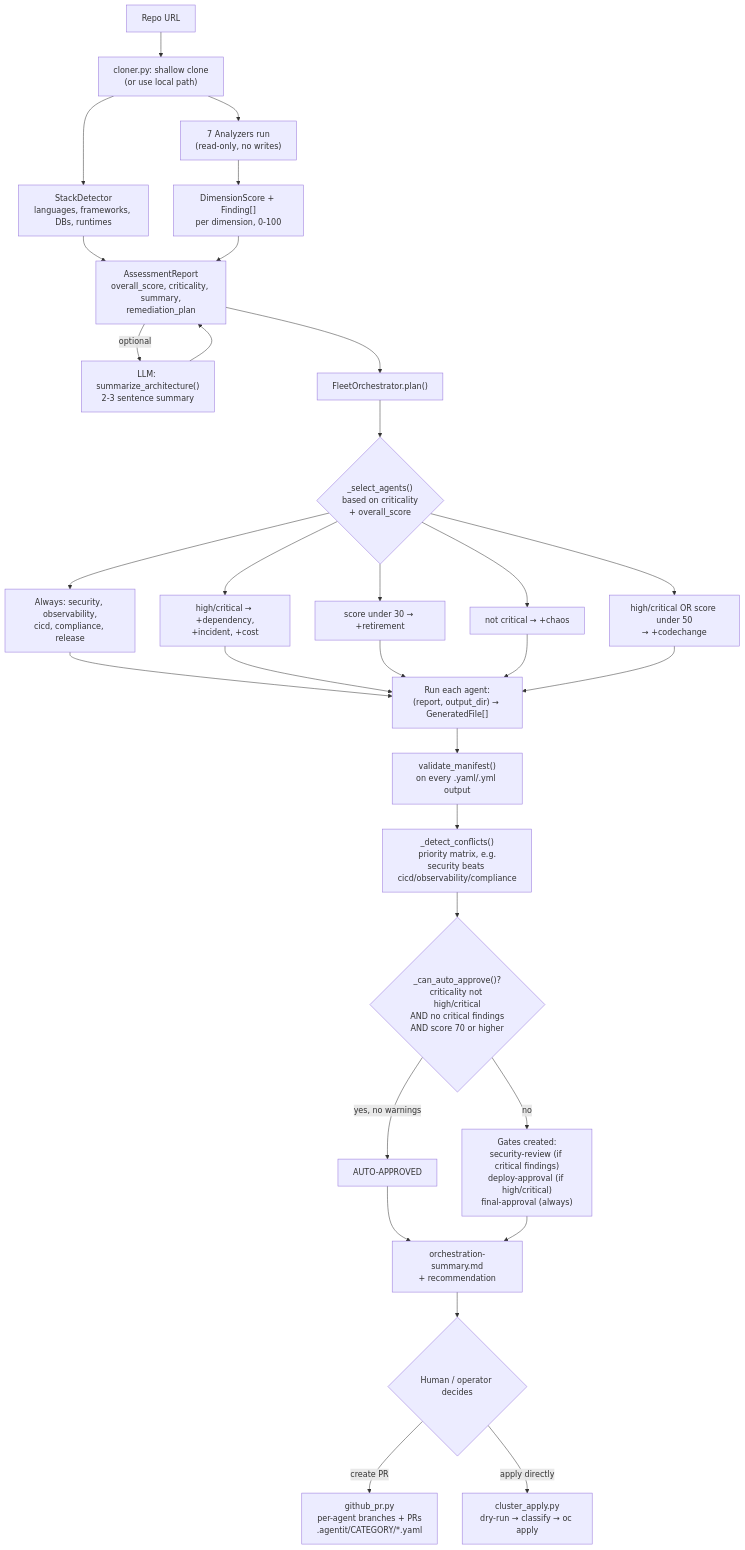
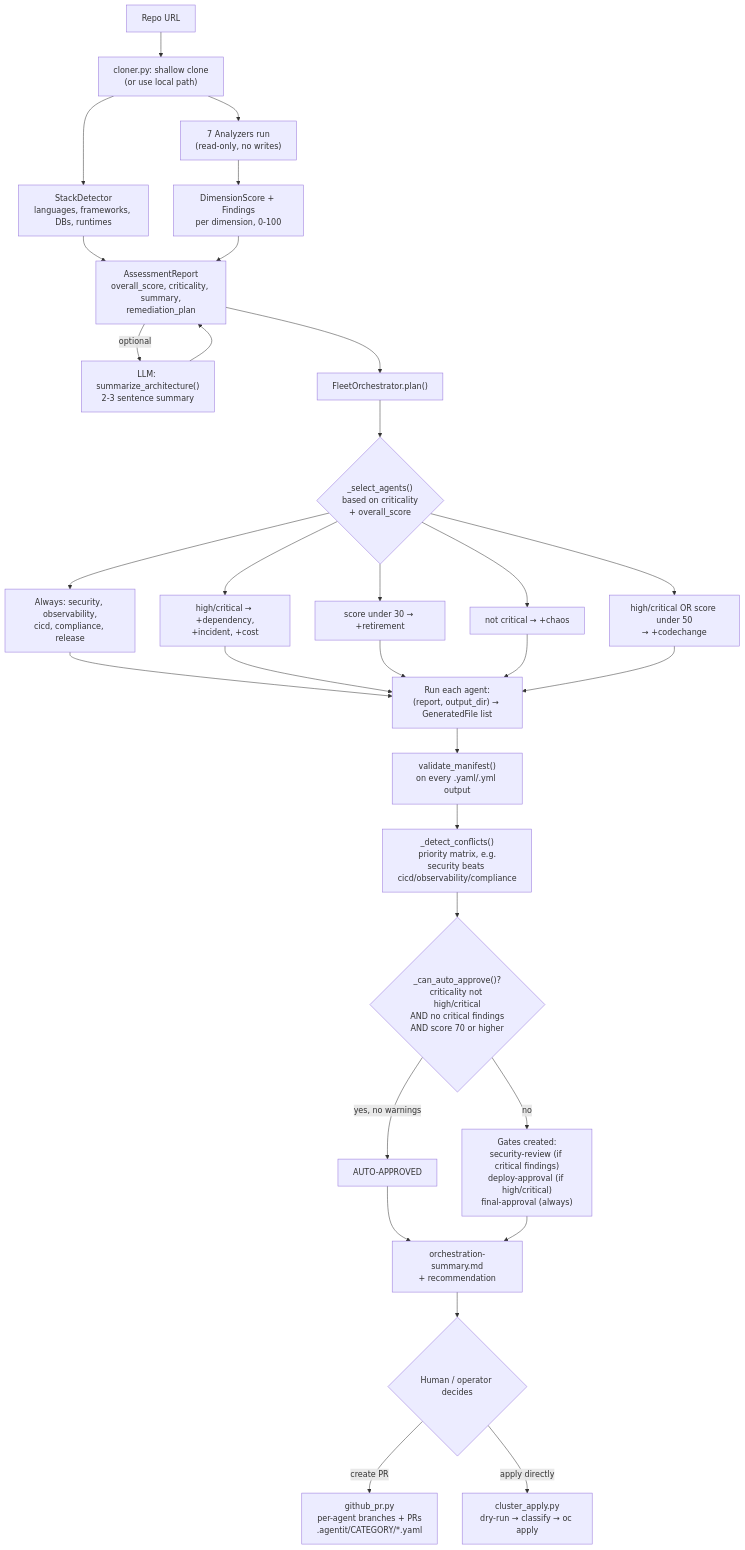
One commit to alimobrem/AgentIT changed the second of 4 diagrams in README.md. Above: the diagram before and after it, drawn with Mermaid. The commit also changed other lines of this file, not shown here.

Commit message:
fix: remove unquoted/bracketed edge labels breaking Mermaid parse
An unquoted pipe edge label containing "[]" (GeneratedFile[]) was the
actual parse failure GitHub reported. Quoted the risky pipe labels and
removed remaining "[]" occurrences from node text to prevent the same
class of bug elsewhere in the diagram.

````diff
--- a/README.md
+++ b/README.md
@@ -106,32 +106,32 @@
 ```mermaid
 flowchart TD
     A["Repo URL"] --> B["cloner.py: shallow clone\n(or use local path)"]
     B --> C["StackDetector\nlanguages, frameworks, DBs, runtimes"]
     B --> D["7 Analyzers run\n(read-only, no writes)"]
-    D --> E["DimensionScore + Finding[]\nper dimension, 0-100"]
+    D --> E["DimensionScore + Findings\nper dimension, 0-100"]
     C --> F["AssessmentReport\noverall_score, criticality, summary,\nremediation_plan"]
     E --> F
     F -->|optional| G["LLM: summarize_architecture()\n2-3 sentence summary"]
     G --> F
 
     F --> H["FleetOrchestrator.plan()"]
     H --> I{"_select_agents()\nbased on criticality\n+ overall_score"}
     I --> J["Always: security, observability,\ncicd, compliance, release"]
     I --> K["high/critical → +dependency,\n+incident, +cost"]
     I --> L["score under 30 → +retirement"]
     I --> M["not critical → +chaos"]
     I --> N["high/critical OR score under 50\n→ +codechange"]
 
-    J & K & L & M & N --> O["Run each agent:\n(report, output_dir) → GeneratedFile[]"]
+    J & K & L & M & N --> O["Run each agent:\n(report, output_dir) → GeneratedFile list"]
     O --> P["validate_manifest()\non every .yaml/.yml output"]
     P --> Q["_detect_conflicts()\npriority matrix, e.g.\nsecurity beats cicd/observability/compliance"]
     Q --> R{"_can_auto_approve()?\ncriticality not high/critical\nAND no critical findings\nAND score 70 or higher"}
     R -->|yes, no warnings| S["AUTO-APPROVED"]
     R -->|no| T["Gates created:\nsecurity-review (if critical findings)\ndeploy-approval (if high/critical)\nfinal-approval (always)"]
     S --> U["orchestration-summary.md\n+ recommendation"]
     T --> U
 
     U --> V{"Human / operator decides"}
     V -->|create PR| W["github_pr.py\nper-agent branches + PRs\n.agentit/CATEGORY/*.yaml"]
     V -->|apply directly| X["cluster_apply.py\ndry-run → classify → oc apply"]
 ```
````
